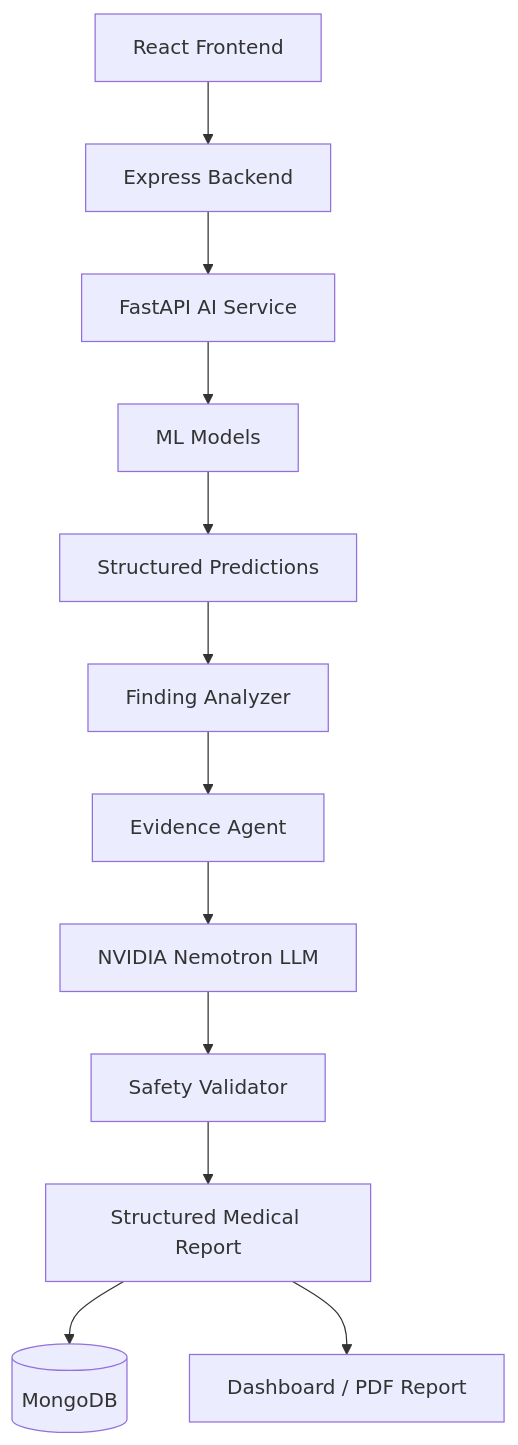
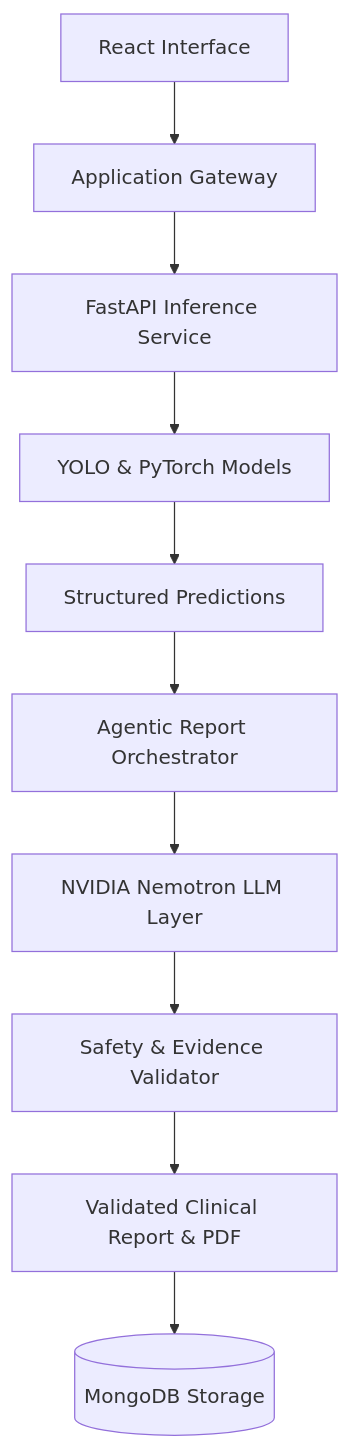
Before and after one commit to saumyasrivastava21/saumyasrivastava21: the second of 4 diagrams in README.md, drawn with Mermaid. The commit also changed other lines of this file, not shown here.

````diff
--- a/README.md
+++ b/README.md
@@ -176,14 +138,12 @@
 ```mermaid
 flowchart TB
-    A[React Frontend] --> B[Express Backend]
-    B --> C[FastAPI AI Service]
-    C --> D[ML Models]
-    D --> E[Structured Predictions]
-    E --> F[Finding Analyzer]
-    F --> G[Evidence Agent]
-    G --> H[NVIDIA Nemotron LLM]
-    H --> I[Safety Validator]
-    I --> J[Structured Medical Report]
-    J --> K[(MongoDB)]
-    J --> L[Dashboard / PDF Report]
+    UI[React Interface] --> API[Application Gateway]
+    API --> CV[FastAPI Inference Service]
+    CV --> Models[YOLO & PyTorch Models]
+    Models --> Preds[Structured Predictions]
+    Preds --> Agent[Agentic Report Orchestrator]
+    Agent --> LLM[NVIDIA Nemotron LLM Layer]
+    LLM --> Safety[Safety & Evidence Validator]
+    Safety --> Report[Validated Clinical Report & PDF]
+    Report --> DB[(MongoDB Storage)]
 ```
````
